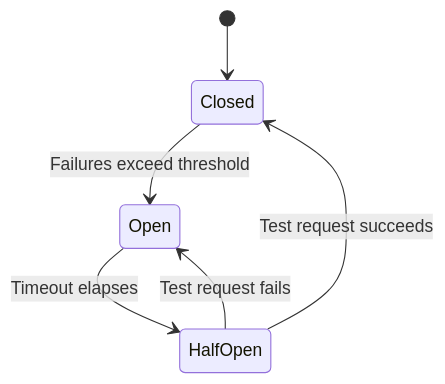
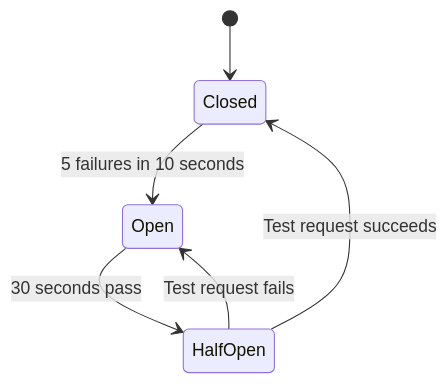
The first of 4 diagrams in microsoft-lld-data-engineering/03-pipeline-resilience/05-resilience-architect-guide.md (sivanagaraju/systemdesign), drawn with Mermaid before and after one commit. The commit also changed other lines of this file and 1 other file, not shown here.

````diff
--- a/microsoft-lld-data-engineering/03-pipeline-resilience/05-resilience-architect-guide.md
+++ b/microsoft-lld-data-engineering/03-pipeline-resilience/05-resilience-architect-guide.md
@@ -248,8 +330,8 @@
 ```mermaid
 stateDiagram-v2
     [*] --> Closed
-    Closed --> Open : Failures exceed threshold
-    Open --> HalfOpen : Timeout elapses
+    Closed --> Open : 5 failures in 10 seconds
+    Open --> HalfOpen : 30 seconds pass
     HalfOpen --> Closed : Test request succeeds
     HalfOpen --> Open : Test request fails
 ```
````
